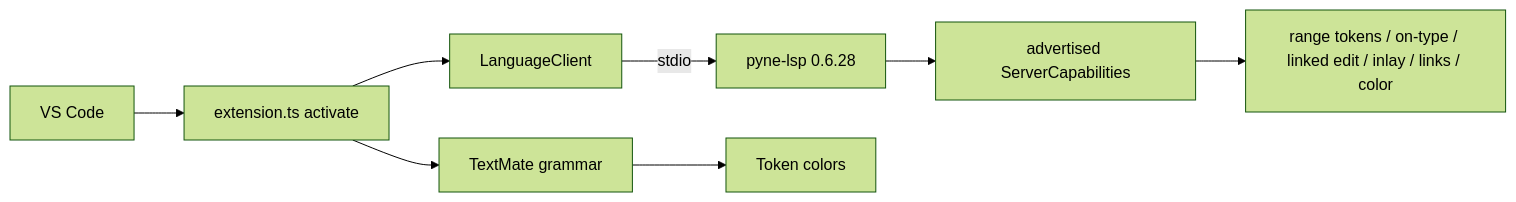
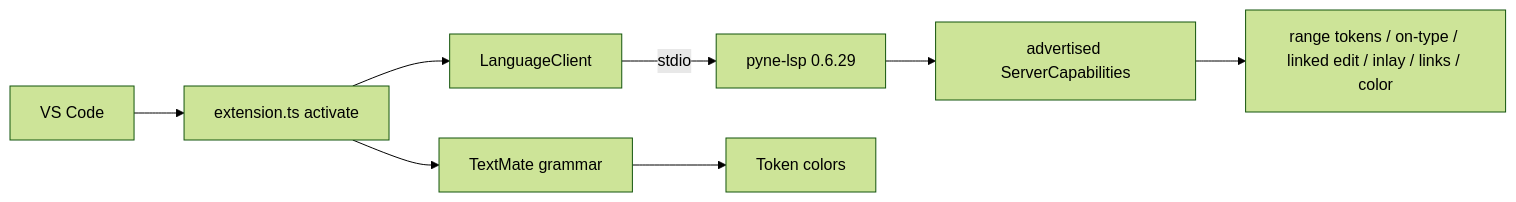
The diagram in docs/pyne/lsp/vscode-extension.mdx (hoox-sh/pyne), drawn with Mermaid (forest theme) before and after one commit. The commit also changed other lines of this file and 22 other files, not shown here.

````diff
--- a/docs/pyne/lsp/vscode-extension.mdx
+++ b/docs/pyne/lsp/vscode-extension.mdx
@@ -33,10 +33,10 @@
 ```mermaid
 flowchart LR
   VS[VS Code] --> EXT[extension.ts activate]
   EXT --> LC[LanguageClient]
-  LC -->|stdio| LSP[pyne-lsp 0.6.28]
+  LC -->|stdio| LSP[pyne-lsp 0.6.29]
   EXT --> TM[TextMate grammar]
   TM --> HL[Token colors]
   LSP --> CAP[advertised ServerCapabilities]
   CAP --> UI[range tokens / on-type / linked edit / inlay / links / color]
 ```
````
